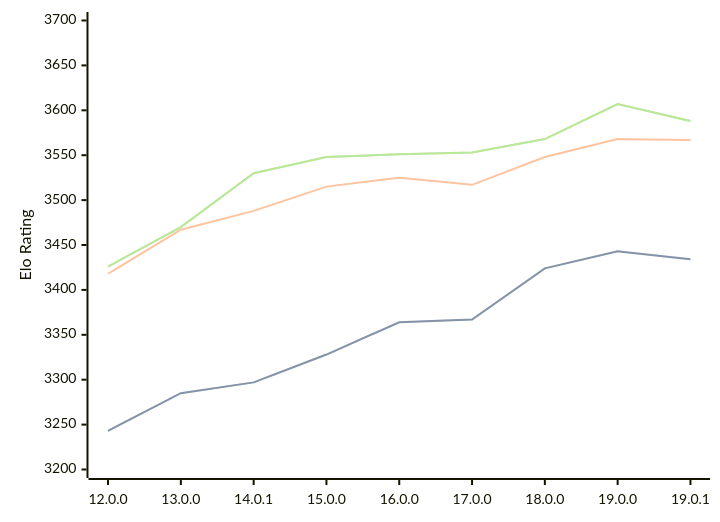
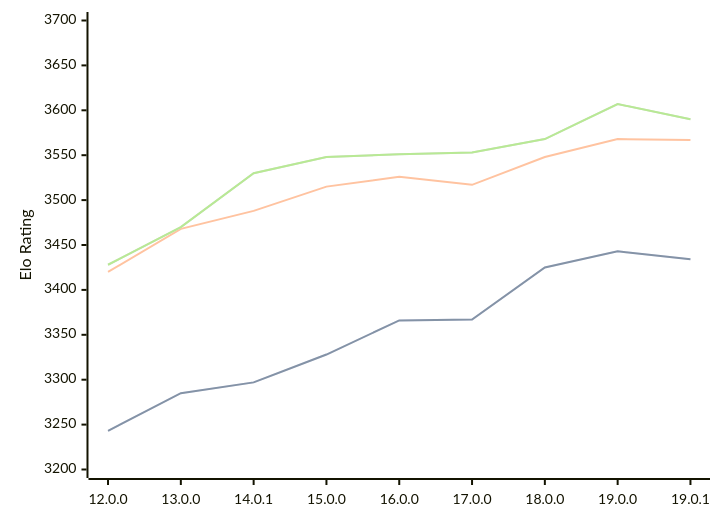
One commit to computer-chess-index/cci changed the diagram in engines/Viridithas.md. Above: the diagram before and after it, drawn with Mermaid. The commit also changed other lines of this file, not shown here.

Commit message:
Update CCI Ratings (ELO VLTC) - 2026-03-13

````diff
--- a/engines/Viridithas.md
+++ b/engines/Viridithas.md
@@ -61,11 +61,11 @@
 ```mermaid
 %%{init: {"theme":"base","themeVariables":{"seriesColors:['#a3a3a3','#222221','#faa371']}}}%%
 xychart-beta
   x-axis ["12.0.0", "13.0.0", "14.0.1", "15.0.0", "16.0.0", "17.0.0", "18.0.0", "19.0.0", "19.0.1"]
   y-axis "Elo Rating" 3200 --> 3700
-  line "STC (8.0+0.08s)" [3243, 3285, 3297, 3328, 3364, 3367, 3424, 3443, 3434]
-  line "STC (8.0+0.08s)" [3243, 3285, 3297, 3328, 3364, 3367, 3424, 3443, 3434]
-  line "LTC (60.0+0.60s)" [3418, 3467, 3488, 3515, 3525, 3517, 3548, 3568, 3567]
-  line "VLTC (2m24s+1.12s)" [3426, 3470, 3530, 3548, 3551, 3553, 3568, 3607, 3588]
-  line "VLTC (2m24s+1.12s)" [3426, 3470, 3530, 3548, 3551, 3553, 3568, 3607, 3588]
+  line "STC (8.0+0.08s)" [3243, 3285, 3297, 3328, 3366, 3367, 3425, 3443, 3434]
+  line "STC (8.0+0.08s)" [3243, 3285, 3297, 3328, 3366, 3367, 3425, 3443, 3434]
+  line "LTC (60.0+0.60s)" [3420, 3468, 3488, 3515, 3526, 3517, 3548, 3568, 3567]
+  line "VLTC (2m24s+1.12s)" [3428, 3470, 3530, 3548, 3551, 3553, 3568, 3607, 3590]
+  line "VLTC (2m24s+1.12s)" [3428, 3470, 3530, 3548, 3551, 3553, 3568, 3607, 3590]
 ```
````
